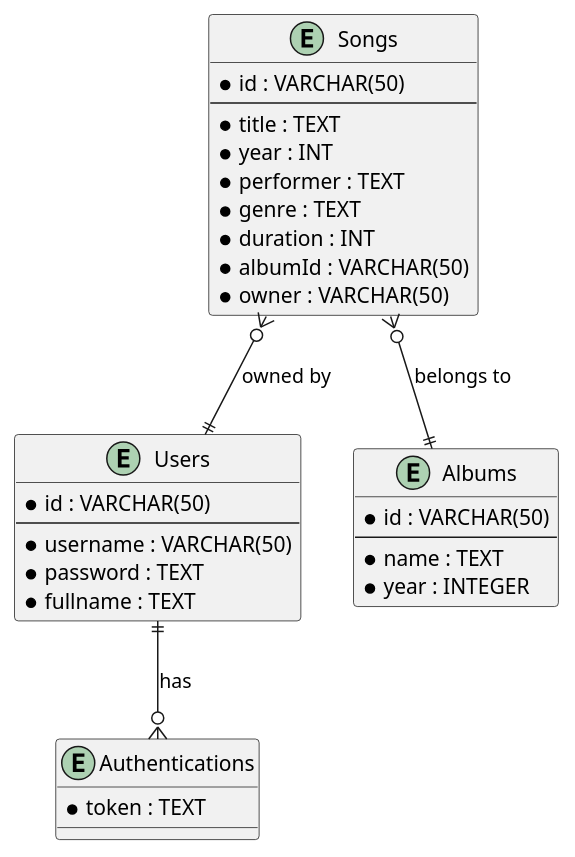
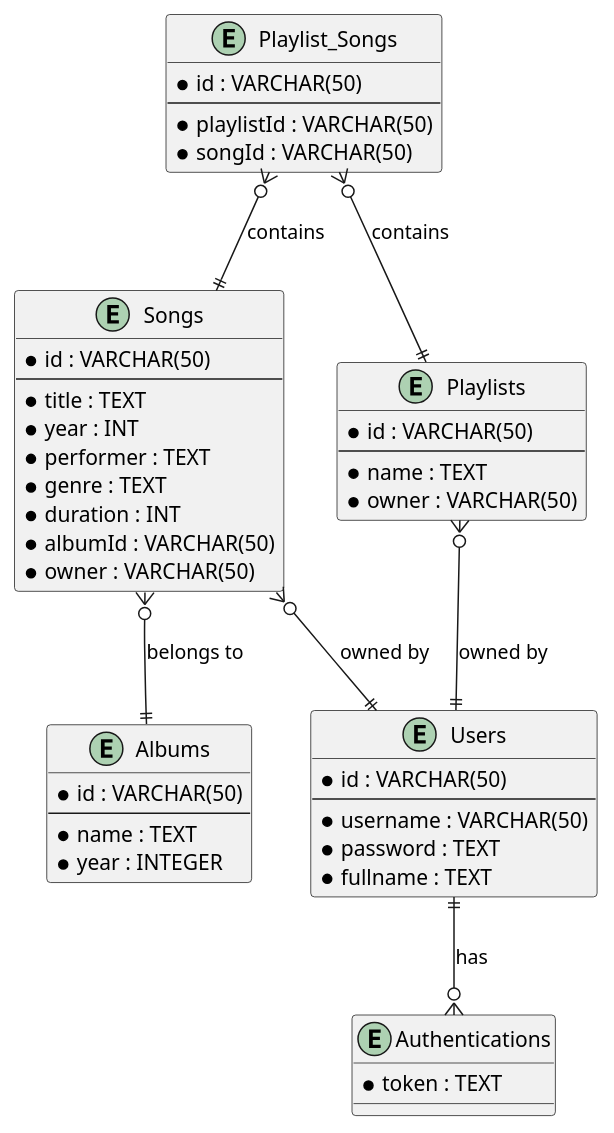
The diagram in db.puml (ilzamafif/open-music), drawn with PlantUML before and after one commit. The commit also changed 11 other files, not shown here.

```diff
--- a/db.puml
+++ b/db.puml
@@ -1,36 +1,53 @@
 @startuml
 entity "Users" as users {
   * id : VARCHAR(50)
   --
   * username : VARCHAR(50)
   * password : TEXT
   * fullname : TEXT
 }
 
 entity "Songs" as songs {
   * id : VARCHAR(50)
   --
   * title : TEXT
   * year : INT
   * performer : TEXT
   * genre : TEXT
   * duration : INT
   * albumId : VARCHAR(50)
   * owner : VARCHAR(50)
 }
 
 entity "Albums" as albums {
   * id : VARCHAR(50)
   --
   * name : TEXT
   * year : INTEGER
 }
 
 entity "Authentications" as authentications {
   * token : TEXT
 }
 
+entity "Playlists" as playlists {
+  * id : VARCHAR(50)
+  --
+  * name : TEXT
+  * owner : VARCHAR(50)
+}
+
+entity "Playlist_Songs" as playlist_songs {
+  * id : VARCHAR(50)
+  --
+  * playlistId : VARCHAR(50)
+  * songId : VARCHAR(50)
+}
+
 songs }o--|| albums : "belongs to"
 songs }o--|| users : "owned by"
 users ||--o{ authentications : "has"
+playlists }o--|| users : "owned by"
+playlist_songs }o--|| playlists : "contains"
+playlist_songs }o--|| songs : "contains"
 @enduml
```
